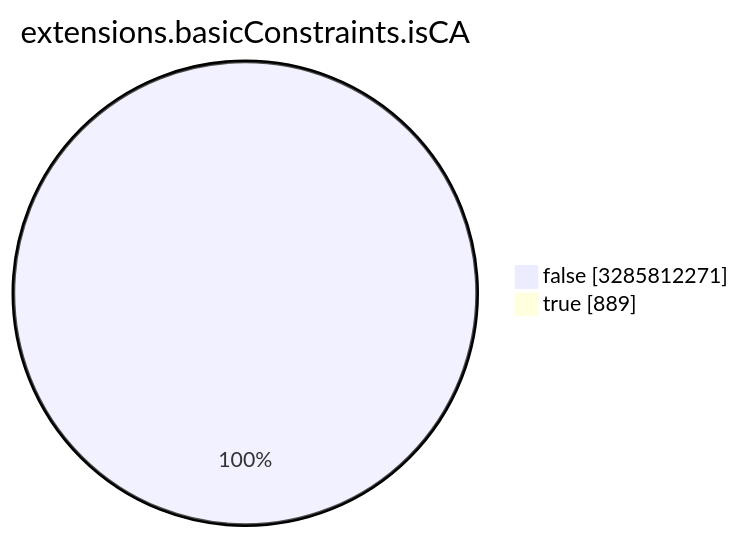
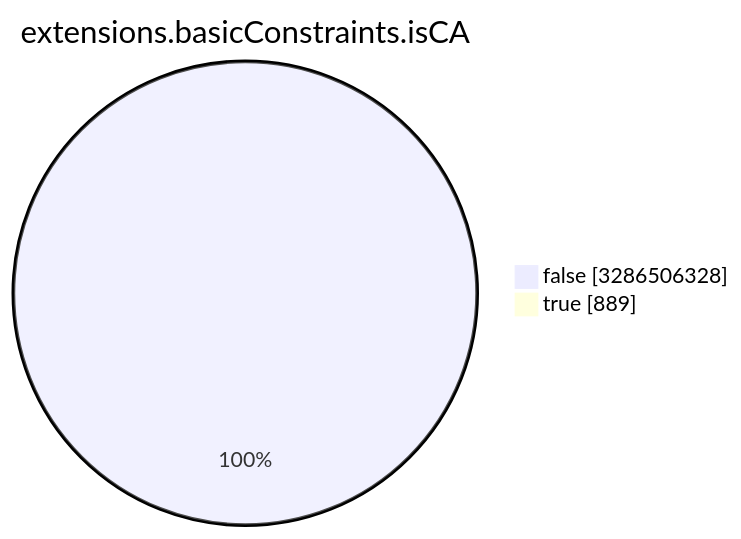
Before and after one commit to christiankrug/ctmonitor_visualization: the seventh of 15 diagrams in TOTAL/README.md, drawn with Mermaid. The commit also changed other lines of this file, not shown here.

````diff
--- a/TOTAL/README.md
+++ b/TOTAL/README.md
@@ -3089,6 +3089,6 @@
 ```mermaid
 pie showData
 title extensions.basicConstraints.isCA
-"false" :3285812271
+"false" :3286506328
 "true" :889
 ```
````
